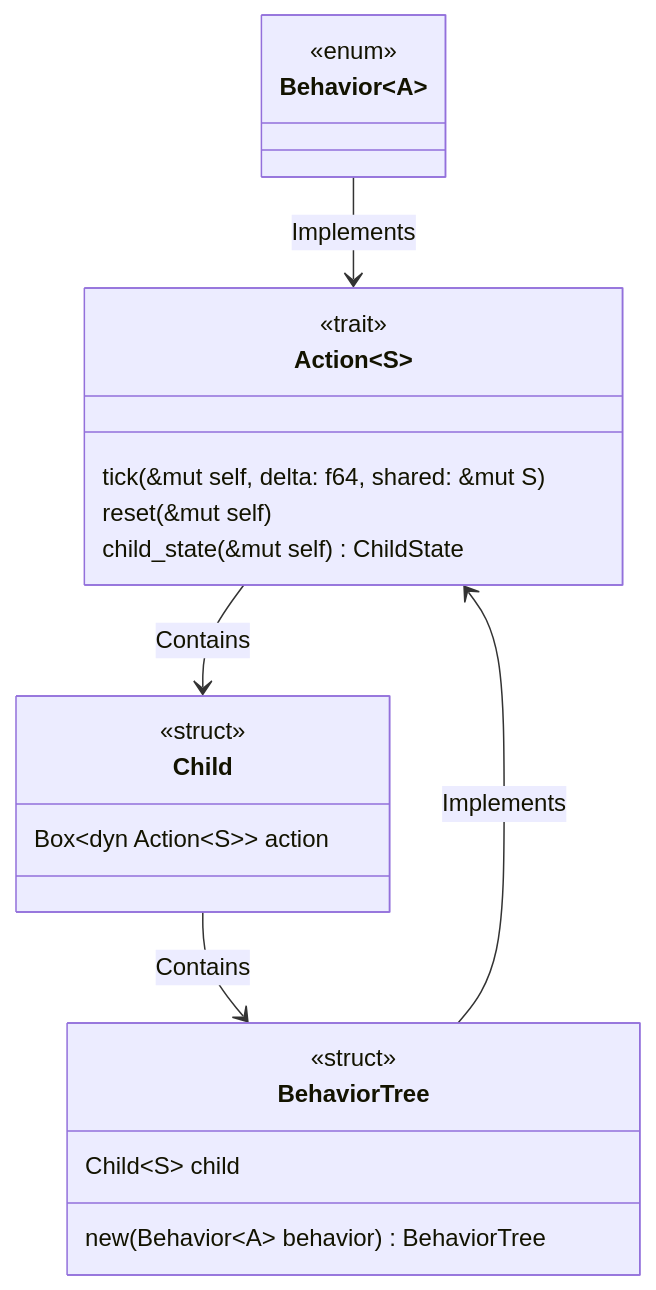
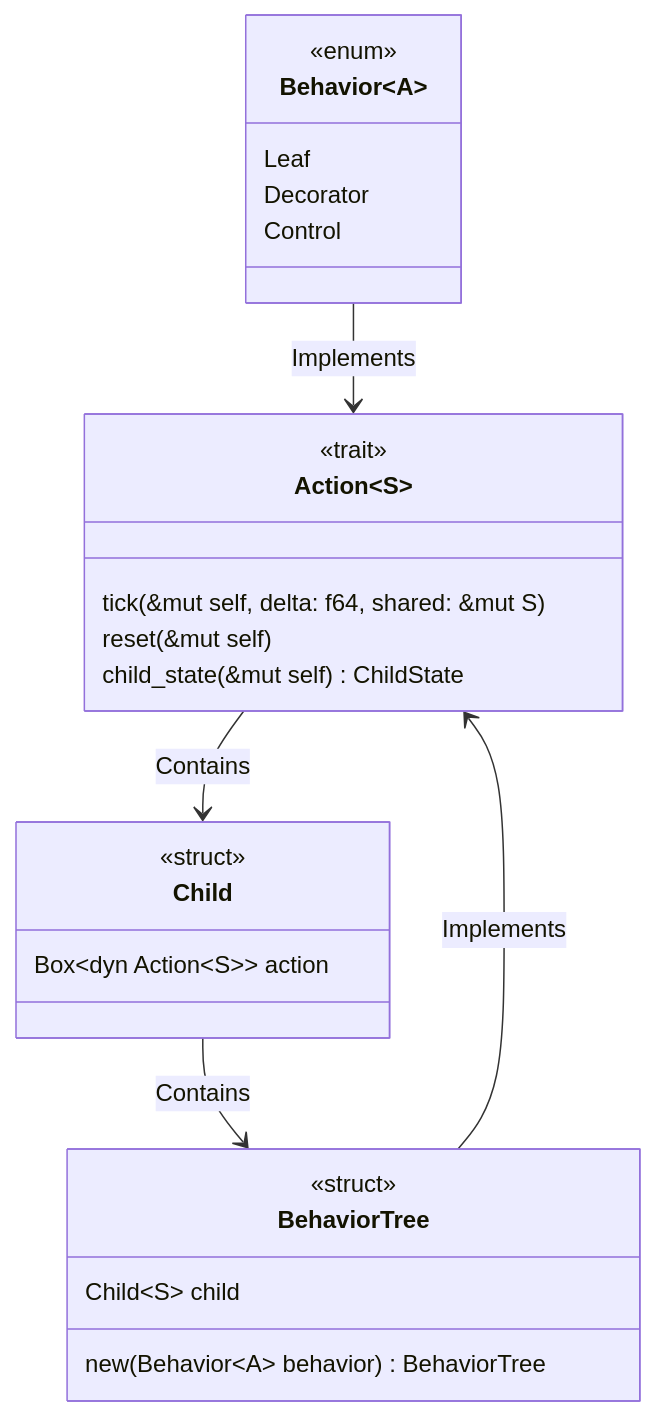
The diagram in README.md (coder137/behaviortree-rs), drawn with Mermaid before and after one commit.

Commit message:
Minor docs

````diff
--- a/README.md
+++ b/README.md
@@ -3,35 +3,38 @@
 ```mermaid
 classDiagram
 
 class Behavior~A~ {
     <<enum>>
+    Leaf
+    Decorator
+    Control
 }
 
 class Action~S~ {
     <<trait>>
     tick(&mut self, delta: f64, shared: &mut S)
     reset(&mut self)
     child_state(&mut self) ChildState
 }
 
 
 
 class Child {
     <<struct>>
     Box~dyn Action~S~~ action
 }
 
 class BehaviorTree {
     <<struct>>
     Child~S~ child
 
     new(Behavior~A~ behavior) BehaviorTree
 }
 
 Behavior --> Action: Implements
 
 Action --> Child: Contains
 
 BehaviorTree --> Action: Implements
 Child --> BehaviorTree: Contains
 ```
````
